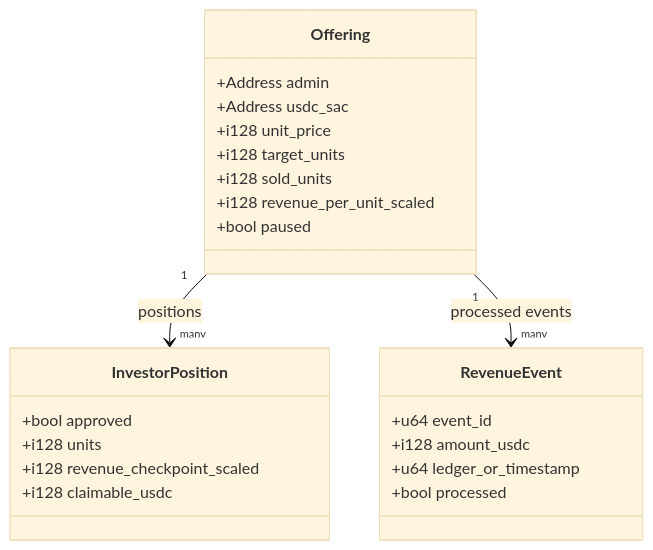
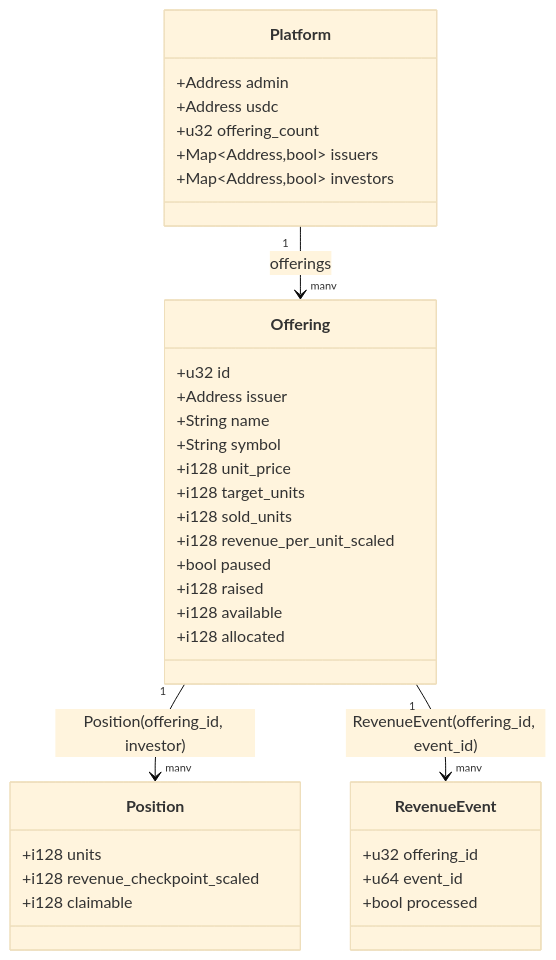
The sixth of 8 diagrams in docs/architecture/minka-capital-system-flow.md (giano-montano/minka-capital), drawn with Mermaid (base theme) before and after one commit. The commit also changed other lines of this file and 4 other files, not shown here.

First line of the commit message:
docs: align architecture, spec and handoff with the multi-offering MVP

````diff
--- a/docs/architecture/minka-capital-system-flow.md
+++ b/docs/architecture/minka-capital-system-flow.md
@@ -158,29 +182,41 @@
 ```mermaid
 classDiagram
+    class Platform {
+        +Address admin
+        +Address usdc
+        +u32 offering_count
+        +Map~Address,bool~ issuers
+        +Map~Address,bool~ investors
+    }
+
     class Offering {
-        +Address admin
-        +Address usdc_sac
+        +u32 id
+        +Address issuer
+        +String name
+        +String symbol
         +i128 unit_price
         +i128 target_units
         +i128 sold_units
         +i128 revenue_per_unit_scaled
         +bool paused
+        +i128 raised
+        +i128 available
+        +i128 allocated
     }
 
-    class InvestorPosition {
-        +bool approved
+    class Position {
         +i128 units
         +i128 revenue_checkpoint_scaled
-        +i128 claimable_usdc
+        +i128 claimable
     }
 
     class RevenueEvent {
+        +u32 offering_id
         +u64 event_id
-        +i128 amount_usdc
-        +u64 ledger_or_timestamp
         +bool processed
     }
 
-    Offering "1" --> "many" InvestorPosition : positions
-    Offering "1" --> "many" RevenueEvent : processed events
+    Platform "1" --> "many" Offering : offerings
+    Offering "1" --> "many" Position : Position(offering_id, investor)
+    Offering "1" --> "many" RevenueEvent : RevenueEvent(offering_id, event_id)
 ```
````
